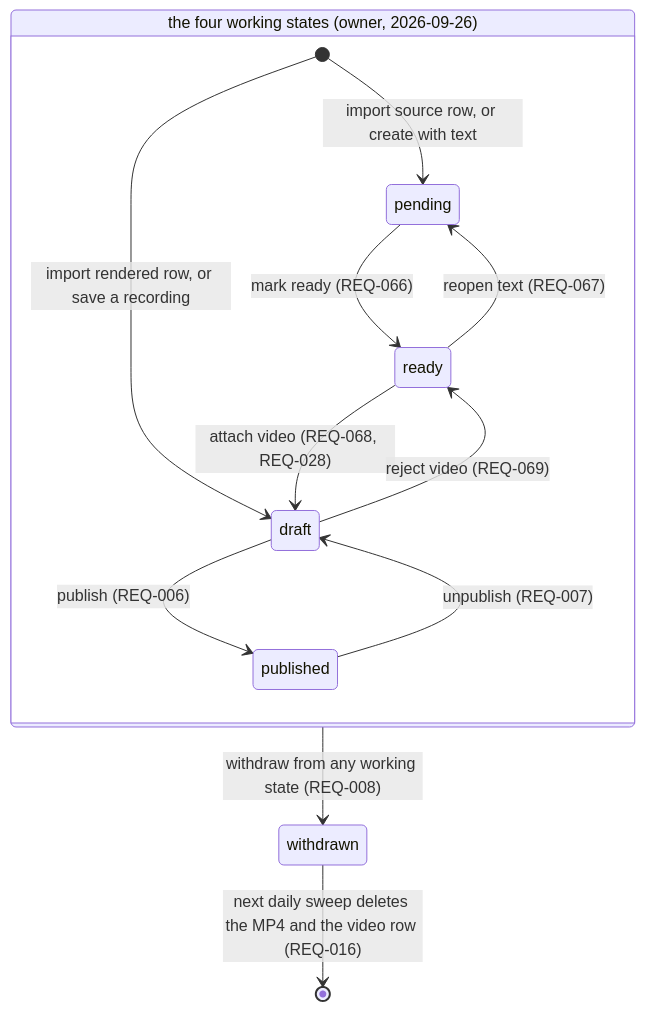
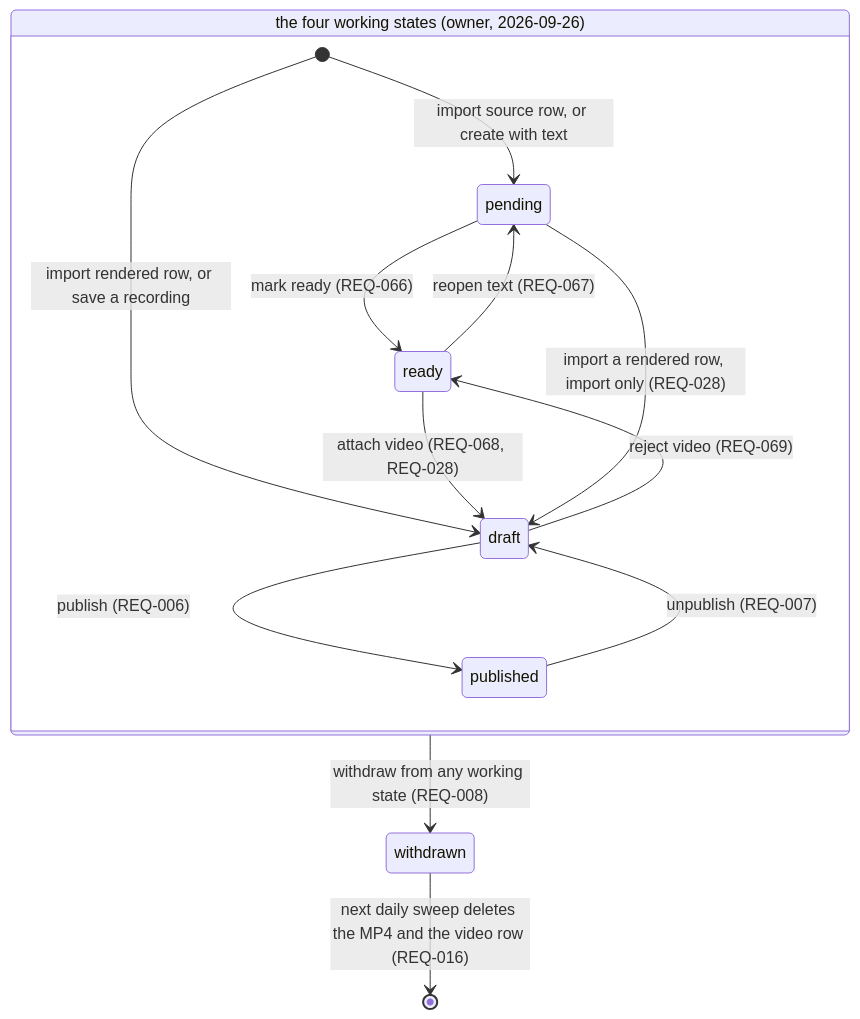
One commit to Kohandezh/kohandezh-live-avatar changed the second of 3 diagrams in docs/features/response-caching/SPEC.md. Above: the diagram before and after it, drawn with Mermaid. The commit also changed other lines of this file, not shown here.

````diff
--- a/docs/features/response-caching/SPEC.md
+++ b/docs/features/response-caching/SPEC.md
@@ -704,15 +746,16 @@
 ```mermaid
 stateDiagram-v2
     state "the four working states (owner, 2026-09-26)" as working {
         [*] --> pending: import source row, or create with text
         [*] --> draft: import rendered row, or save a recording
         pending --> ready: mark ready (REQ-066)
         ready --> pending: reopen text (REQ-067)
         ready --> draft: attach video (REQ-068, REQ-028)
+        pending --> draft: import a rendered row, import only (REQ-028)
         draft --> ready: reject video (REQ-069)
         draft --> published: publish (REQ-006)
         published --> draft: unpublish (REQ-007)
     }
     working --> withdrawn: withdraw from any working state (REQ-008)
     withdrawn --> [*]: next daily sweep deletes the MP4 and the video row (REQ-016)
 ```
````
